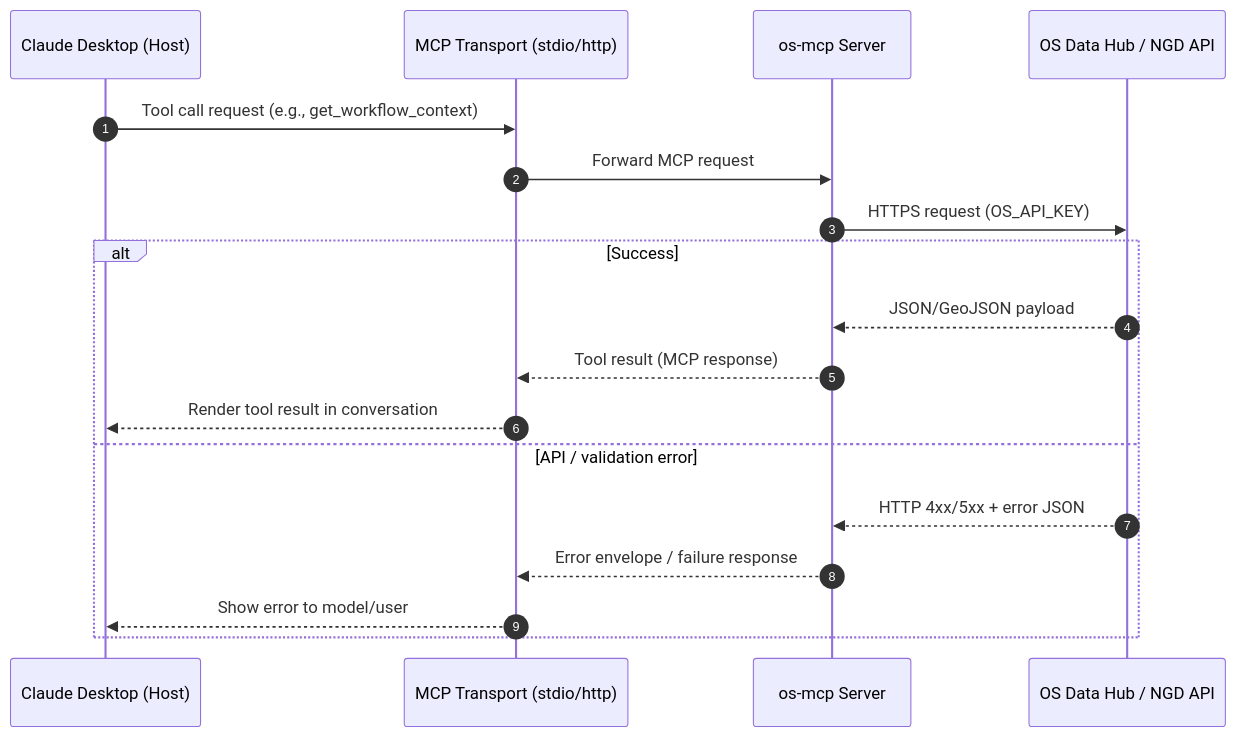
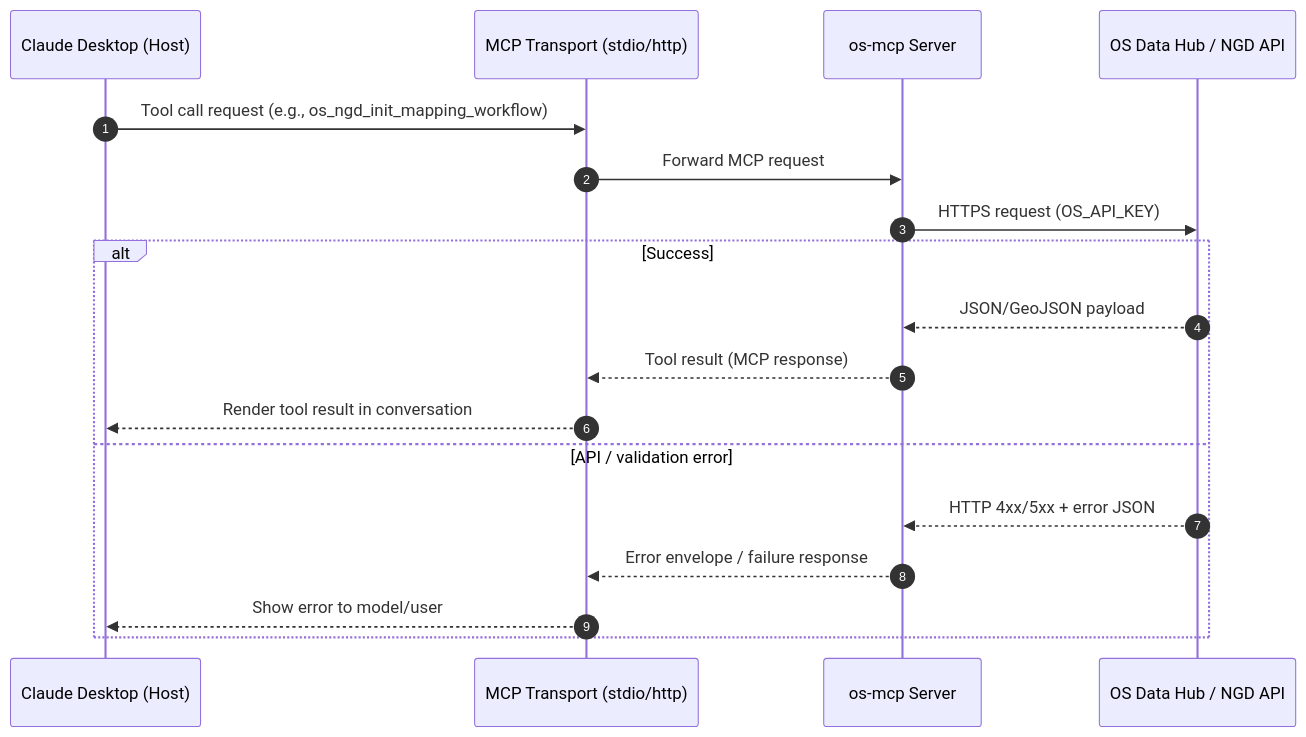
The diagram in tests/traces/simple-tool-calling-fails.md (chris-page-gov/os-mcp), drawn with Mermaid before and after one commit. The commit also changed other lines of this file and 57 other files, not shown here.

````diff
--- a/tests/traces/simple-tool-calling-fails.md
+++ b/tests/traces/simple-tool-calling-fails.md
@@ -3,22 +3,22 @@
 ```mermaid
 sequenceDiagram
     autonumber
     participant CD as Claude Desktop (Host)
     participant T as MCP Transport (stdio/http)
     participant S as os-mcp Server
     participant OS as OS Data Hub / NGD API
 
-    CD->>T: Tool call request (e.g., get_workflow_context)
+    CD->>T: Tool call request (e.g., os_ngd_init_mapping_workflow)
     T->>S: Forward MCP request
     S->>OS: HTTPS request (OS_API_KEY)
 
     alt Success
         OS-->>S: JSON/GeoJSON payload
         S-->>T: Tool result (MCP response)
         T-->>CD: Render tool result in conversation
     else API / validation error
         OS-->>S: HTTP 4xx/5xx + error JSON
         S-->>T: Error envelope / failure response
         T-->>CD: Show error to model/user
     end
 ```
````
